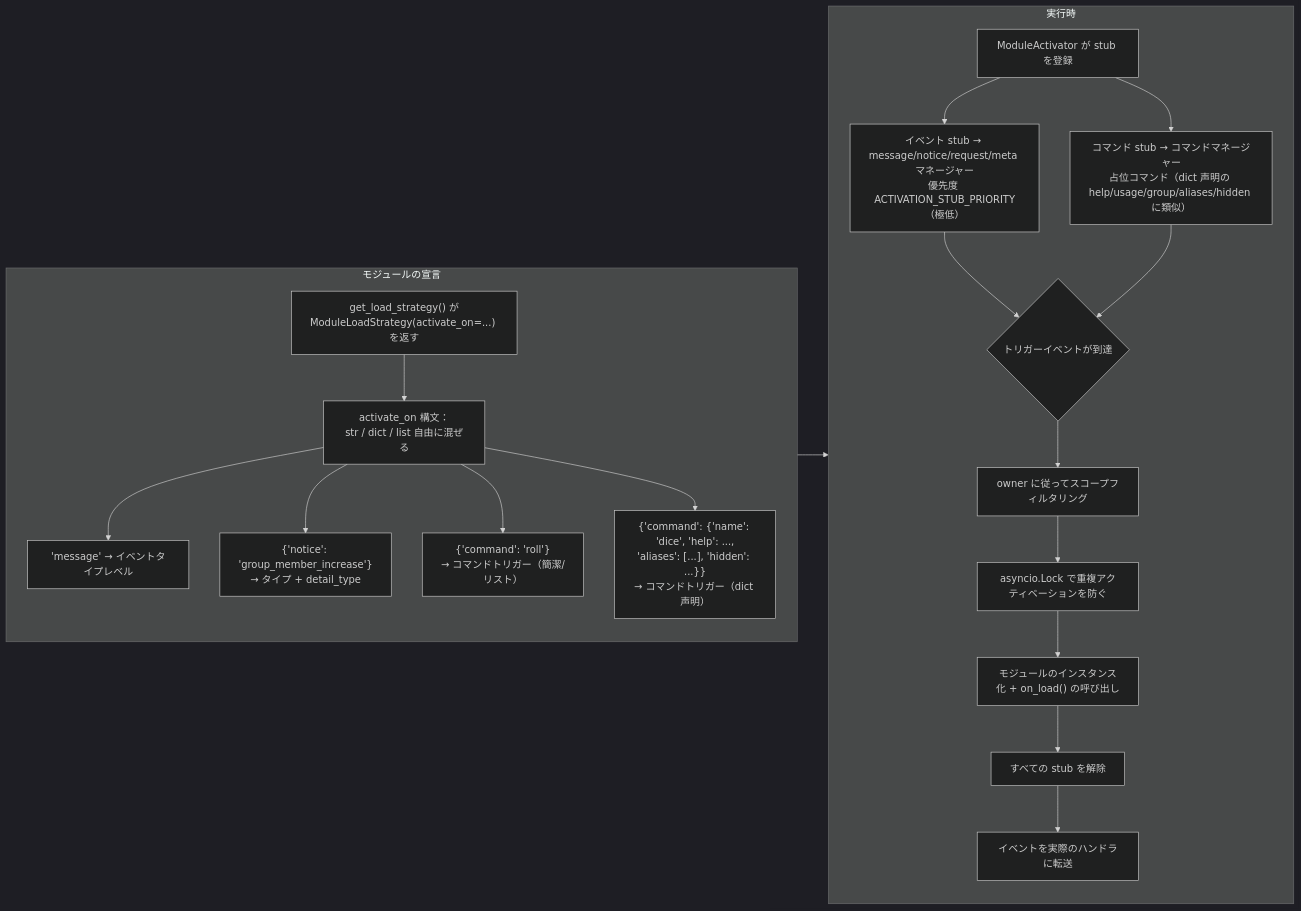
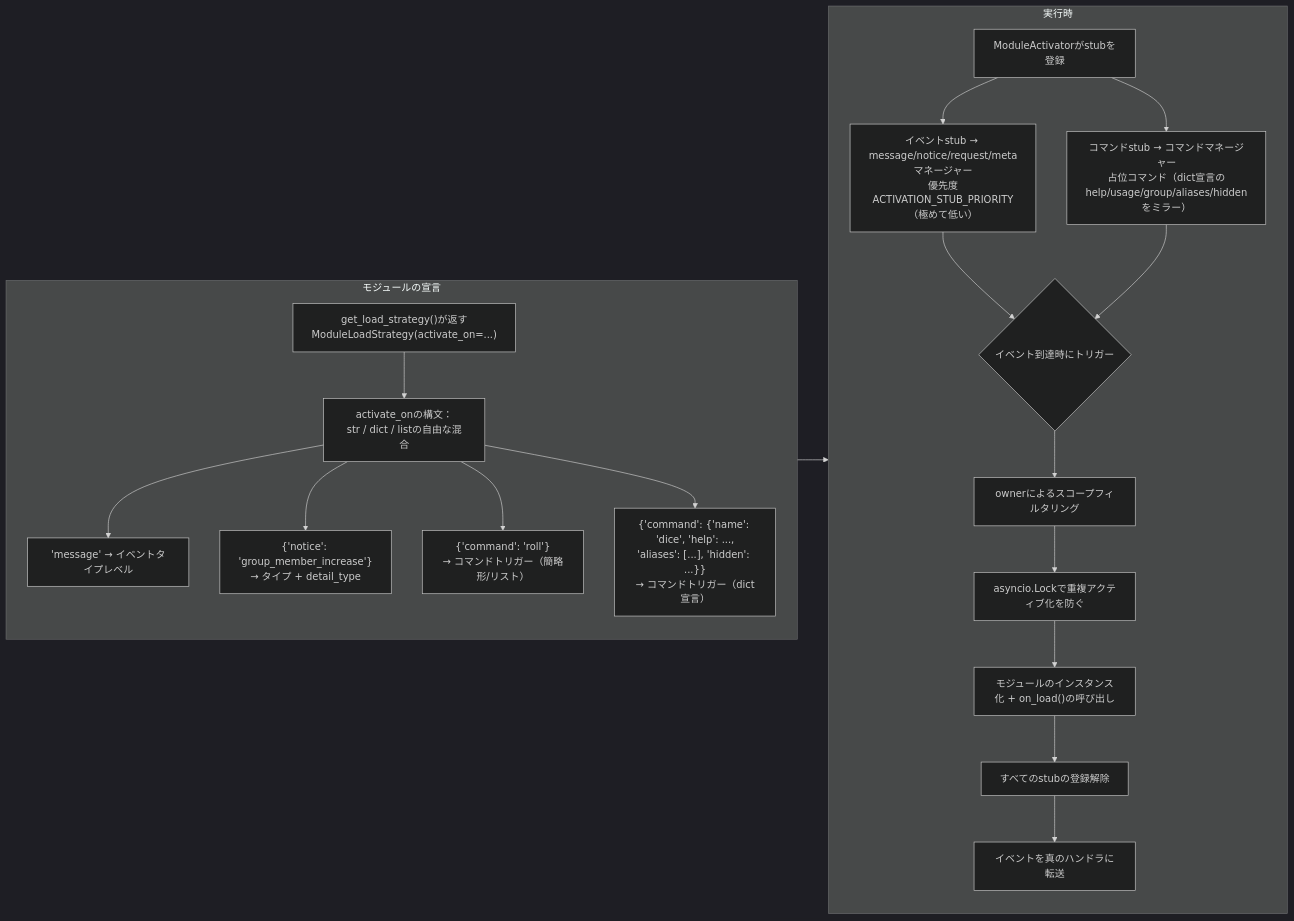
The seventh of 9 diagrams in docs/ja/architecture.md (ErisPulse/ErisPulse), drawn with Mermaid (dark theme) before and after one commit. The commit also changed other lines of this file and 79 other files, not shown here.

````diff
--- a/docs/ja/architecture.md
+++ b/docs/ja/architecture.md
@@ -222,24 +222,24 @@
 ```mermaid
 flowchart LR
     subgraph Declare["モジュールの宣言"]
-        S1["get_load_strategy() が<br/>ModuleLoadStrategy(activate_on=...) を返す"] --> S2["activate_on 構文：<br/>str / dict / list 自由に混ぜる"]
+        S1["get_load_strategy()が返す<br/>ModuleLoadStrategy(activate_on=...)"] --> S2["activate_onの構文：<br/>str / dict / listの自由な混合"]
         S2 --> S2a["'message' → イベントタイプレベル"]
         S2 --> S2b["{'notice': 'group_member_increase'}<br/>→ タイプ + detail_type"]
-        S2 --> S2c["{'command': 'roll'}<br/>→ コマンドトリガー（簡潔/リスト）"]
-        S2 --> S2d["{'command': {'name': 'dice', 'help': ...,<br/>'aliases': [...], 'hidden': ...}}<br/>→ コマンドトリガー（dict 声明）"]
+        S2 --> S2c["{'command': 'roll'}<br/>→ コマンドトリガー（簡略形/リスト）"]
+        S2 --> S2d["{'command': {'name': 'dice', 'help': ...,<br/>'aliases': [...], 'hidden': ...}}<br/>→ コマンドトリガー（dict宣言）"]
     end
 
     subgraph Runtime["実行時"]
-        R1["ModuleActivator が stub を登録"] --> R1a["イベント stub → message/notice/request/meta マネージャー<br/>優先度 ACTIVATION_STUB_PRIORITY（極低）"]
-        R1 --> R1b["コマンド stub → コマンドマネージャー<br/>占位コマンド（dict 声明の help/usage/group/aliases/hidden に類似）"]
-        R1a --> R2{"トリガーイベントが到達"}
+        R1["ModuleActivatorがstubを登録"] --> R1a["イベントstub → message/notice/request/metaマネージャー<br/>優先度ACTIVATION_STUB_PRIORITY（極めて低い）"]
+        R1 --> R1b["コマンドstub → コマンドマネージャー<br/>占位コマンド（dict宣言のhelp/usage/group/aliases/hiddenをミラー）"]
+        R1a --> R2{"イベント到達時にトリガー"}
         R1b --> R2
-        R2 --> R3["owner に従ってスコープフィルタリング"]
-        R3 --> R4["asyncio.Lock で重複アクティベーションを防ぐ"]
-        R4 --> R5["モジュールのインスタンス化 + on_load() の呼び出し"]
-        R5 --> R6["すべての stub を解除"]
-        R6 --> R7["イベントを実際のハンドラに転送"]
+        R2 --> R3["ownerによるスコープフィルタリング"]
+        R3 --> R4["asyncio.Lockで重複アクティブ化を防ぐ"]
+        R4 --> R5["モジュールのインスタンス化 + on_load()の呼び出し"]
+        R5 --> R6["すべてのstubの登録解除"]
+        R6 --> R7["イベントを真のハンドラに転送"]
     end
 
     Declare --> Runtime
 ```
````
